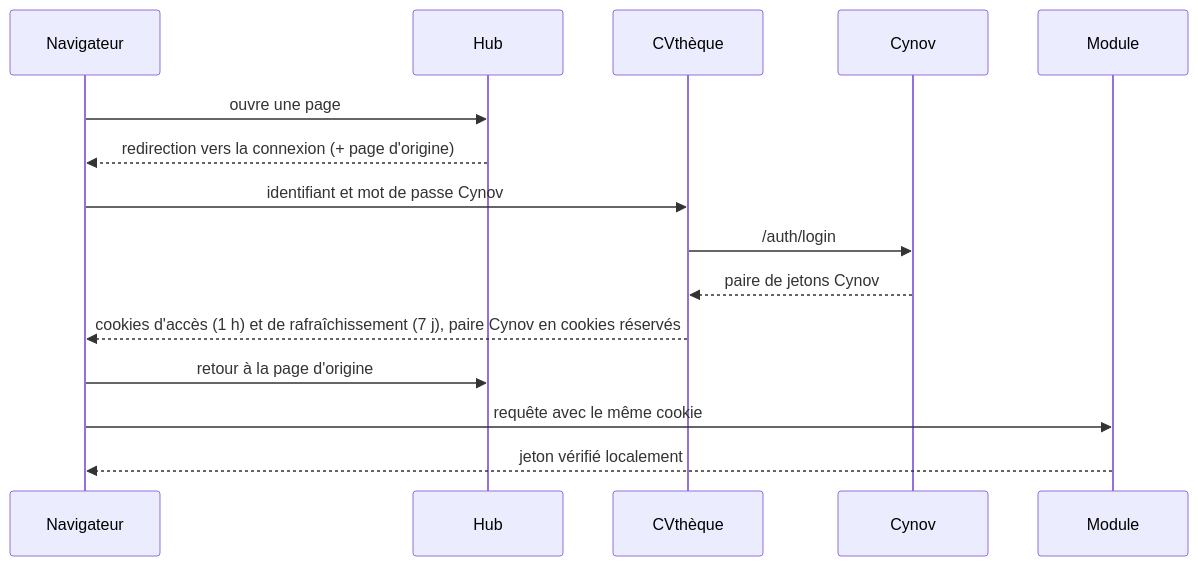
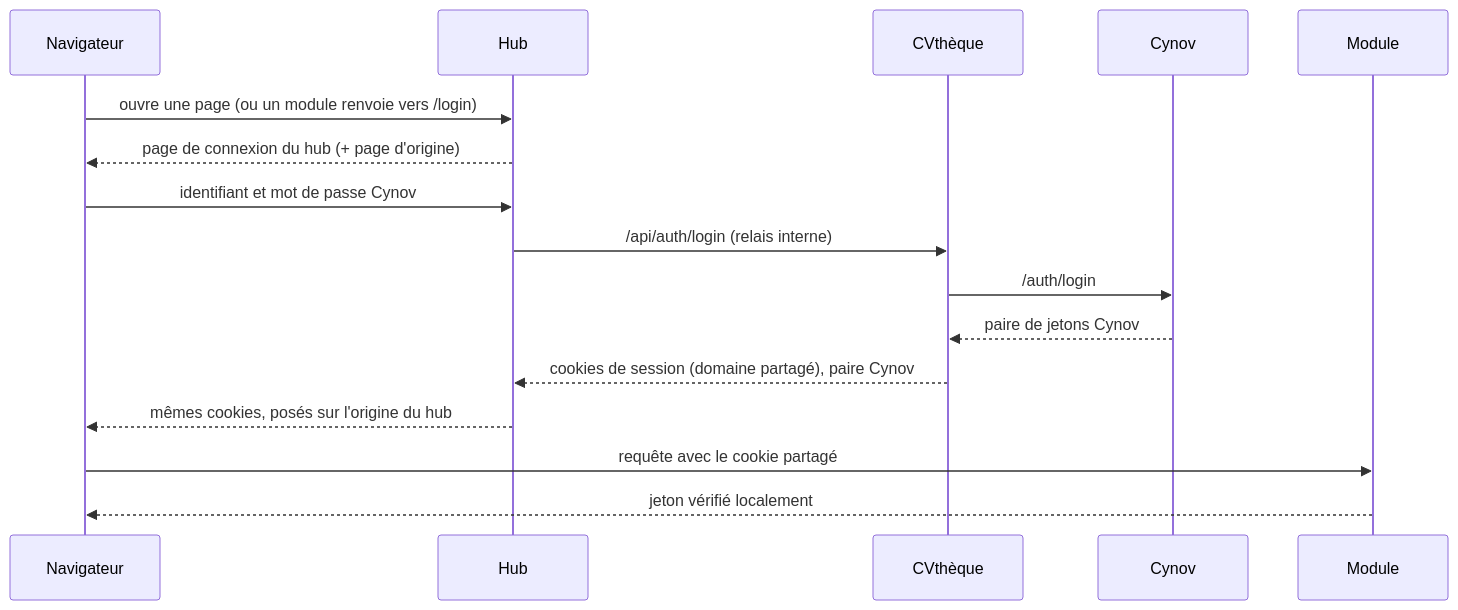
The diagram in documentation/architecture/identite.rst (baylitoo/adbi-platform), drawn with Mermaid before and after one commit. The commit also changed other lines of this file and 17 other files, not shown here.

```diff
--- a/documentation/architecture/identite.rst
+++ b/documentation/architecture/identite.rst
@@ -14,17 +16,18 @@
 .. mermaid::
 
    sequenceDiagram
      participant N as Navigateur
      participant H as Hub
      participant C as CVthèque
      participant Y as Cynov
      participant M as Module
-     N->>H: ouvre une page
-     H-->>N: redirection vers la connexion (+ page d'origine)
-     N->>C: identifiant et mot de passe Cynov
+     N->>H: ouvre une page (ou un module renvoie vers /login)
+     H-->>N: page de connexion du hub (+ page d'origine)
+     N->>H: identifiant et mot de passe Cynov
+     H->>C: /api/auth/login (relais interne)
      C->>Y: /auth/login
      Y-->>C: paire de jetons Cynov
-     C-->>N: cookies d'accès (1 h) et de rafraîchissement (7 j), paire Cynov en cookies réservés
-     N->>H: retour à la page d'origine
-     N->>M: requête avec le même cookie
+     C-->>H: cookies de session (domaine partagé), paire Cynov
+     H-->>N: mêmes cookies, posés sur l'origine du hub
+     N->>M: requête avec le cookie partagé
      M-->>N: jeton vérifié localement
```
